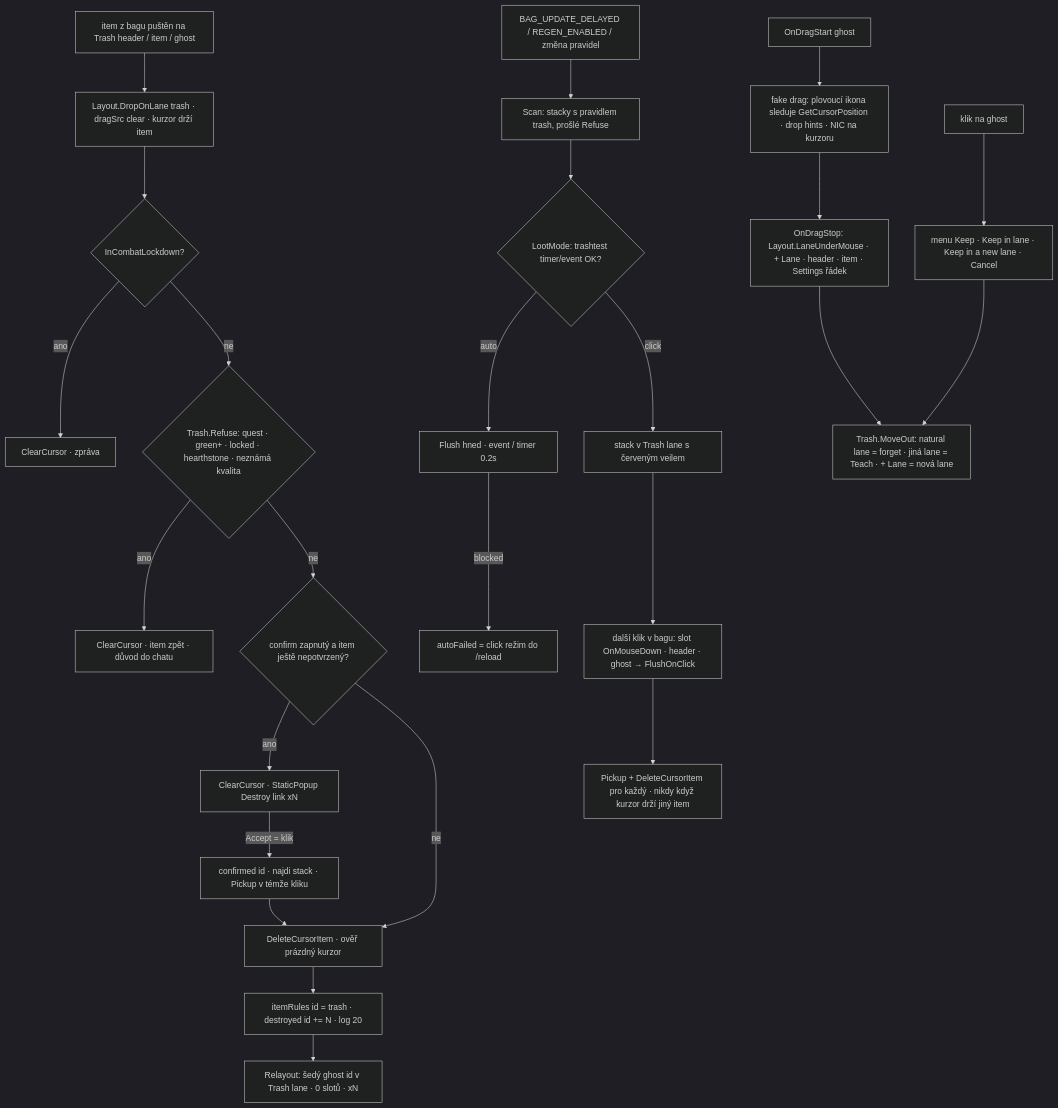
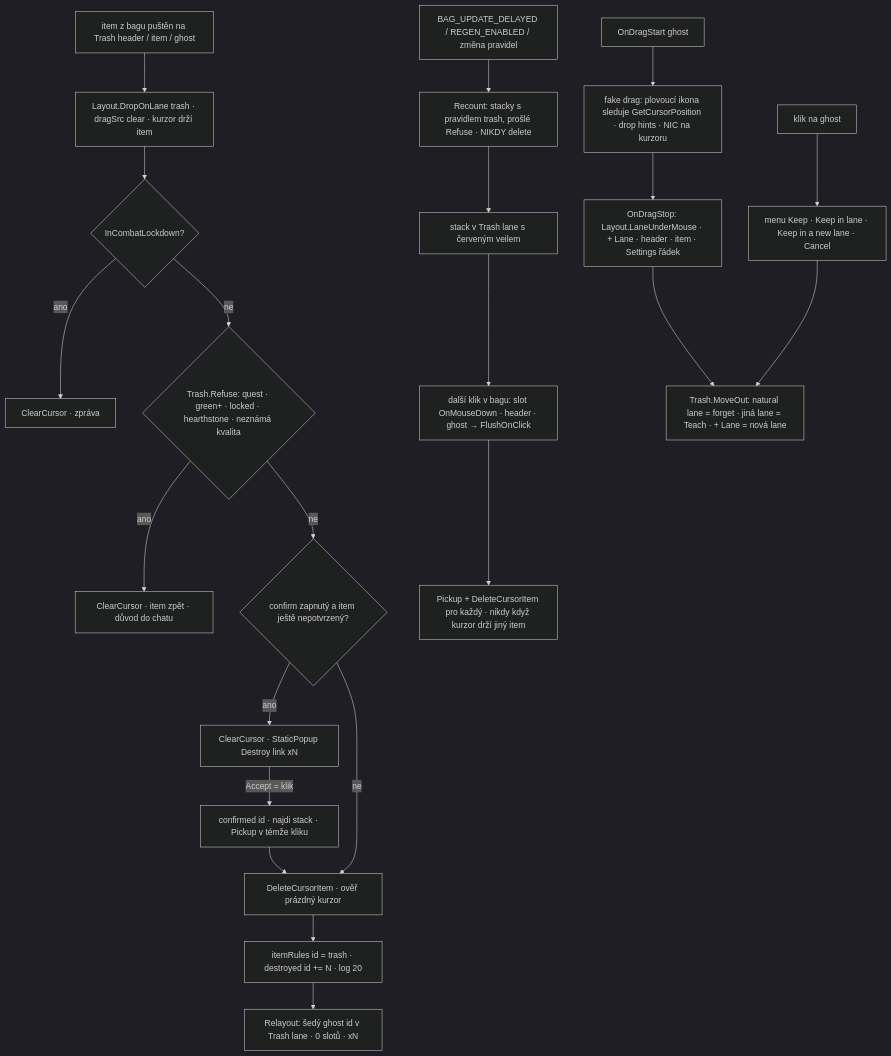
The seventh of 7 diagrams in addons/BetterBackpack/Docs/loops.md (sirTurbisCZ/wow-forever-addons), drawn with Mermaid (dark theme) before and after one commit. The commit also changed other lines of this file and 8 other files, not shown here.

````diff
--- a/addons/BetterBackpack/Docs/loops.md
+++ b/addons/BetterBackpack/Docs/loops.md
@@ -191,29 +191,26 @@
 ```mermaid
 flowchart TD
   Drop[item z bagu puštěn na Trash header / item / ghost] --> DOL[Layout.DropOnLane trash · dragSrc clear · kurzor drží item]
   DOL --> Cmb{InCombatLockdown?}
   Cmb -->|ano| No1[ClearCursor · zpráva]
   Cmb -->|ne| Ref{Trash.Refuse: quest · green+ · locked · hearthstone · neznámá kvalita}
   Ref -->|ano| No2[ClearCursor · item zpět · důvod do chatu]
   Ref -->|ne| Conf{confirm zapnutý a item ještě nepotvrzený?}
   Conf -->|ano| Pop[ClearCursor · StaticPopup Destroy link xN]
   Pop -->|Accept = klik| Re[confirmed id · najdi stack · Pickup v témže kliku]
   Re --> Del
   Conf -->|ne| Del[DeleteCursorItem · ověř prázdný kurzor]
   Del --> Teach[itemRules id = trash · destroyed id += N · log 20]
   Teach --> Ghost[Relayout: šedý ghost id v Trash lane · 0 slotů · xN]
 
-  Loot[BAG_UPDATE_DELAYED / REGEN_ENABLED / změna pravidel] --> Scan[Scan: stacky s pravidlem trash, prošlé Refuse]
-  Scan --> Mode{LootMode: trashtest timer/event OK?}
-  Mode -->|auto| Auto[Flush hned · event / timer 0.2s]
-  Auto -->|blocked| Fall[autoFailed = click režim do /reload]
-  Mode -->|click| Wait[stack v Trash lane s červeným veilem]
+  Loot[BAG_UPDATE_DELAYED / REGEN_ENABLED / změna pravidel] --> Scan[Recount: stacky s pravidlem trash, prošlé Refuse · NIKDY delete]
+  Scan --> Wait[stack v Trash lane s červeným veilem]
   Wait --> Next[další klik v bagu: slot OnMouseDown · header · ghost → FlushOnClick]
   Next --> Flush[Pickup + DeleteCursorItem pro každý · nikdy když kurzor drží jiný item]
 
   GhostDrag[OnDragStart ghost] --> Fake[fake drag: plovoucí ikona sleduje GetCursorPosition · drop hints · NIC na kurzoru]
   Fake --> Stop[OnDragStop: Layout.LaneUnderMouse · + Lane · header · item · Settings řádek]
   Stop --> Move[Trash.MoveOut: natural lane = forget · jiná lane = Teach · + Lane = nová lane]
   GhostClick[klik na ghost] --> Menu[menu Keep · Keep in lane · Keep in a new lane · Cancel]
   Menu --> Move
 ```
````
